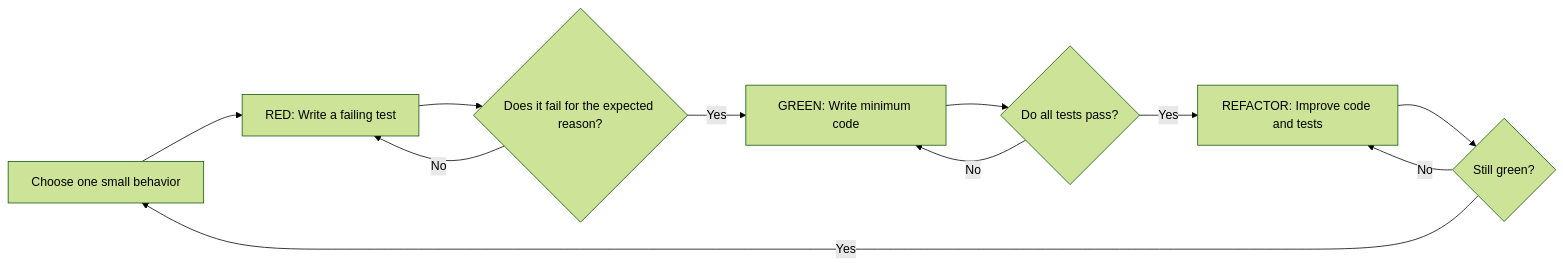
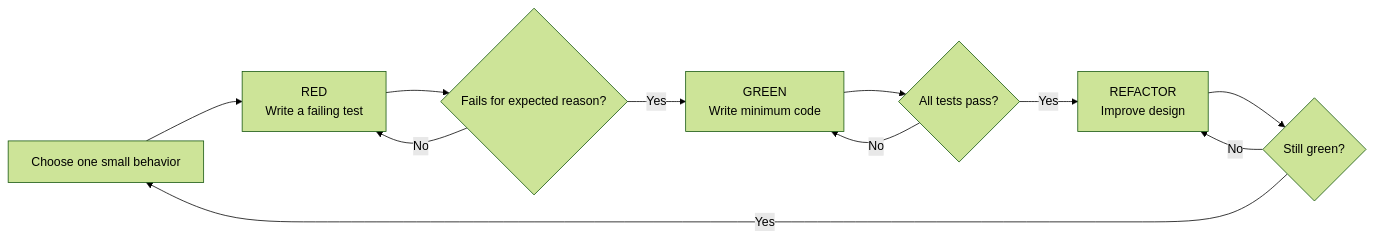
The first of 4 diagrams in src/content/testing/tdd.md (AvadhBhalodiya/Interview-Preparation), drawn with Mermaid (forest theme) before and after one commit. The commit also changed other lines of this file and 54 other files, not shown here.

First line of the commit message:
Refactor testing documentation: clarify test boundaries and improve structure

````diff
--- a/src/content/testing/tdd.md
+++ b/src/content/testing/tdd.md
@@ -22,13 +27,13 @@
 ```mermaid
 flowchart LR
-    A[Choose one small behavior] --> B[RED: Write a failing test]
-    B --> C{Does it fail for the expected reason?}
+    A[Choose one small behavior] --> B[RED<br/>Write a failing test]
+    B --> C{Fails for expected reason?}
     C -- No --> B
-    C -- Yes --> D[GREEN: Write minimum code]
-    D --> E{Do all tests pass?}
+    C -- Yes --> D[GREEN<br/>Write minimum code]
+    D --> E{All tests pass?}
     E -- No --> D
-    E -- Yes --> F[REFACTOR: Improve code and tests]
+    E -- Yes --> F[REFACTOR<br/>Improve design]
     F --> G{Still green?}
     G -- No --> F
     G -- Yes --> A
 ```
````
